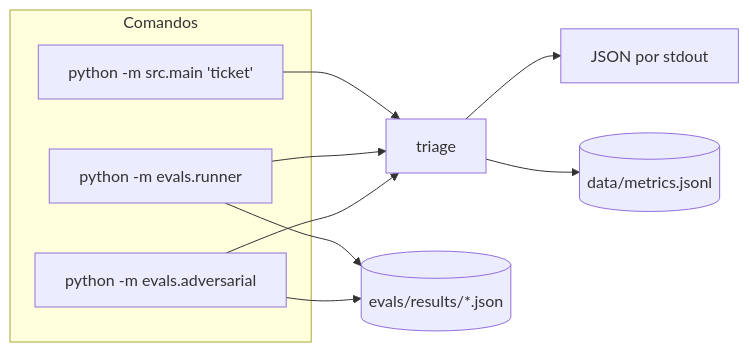
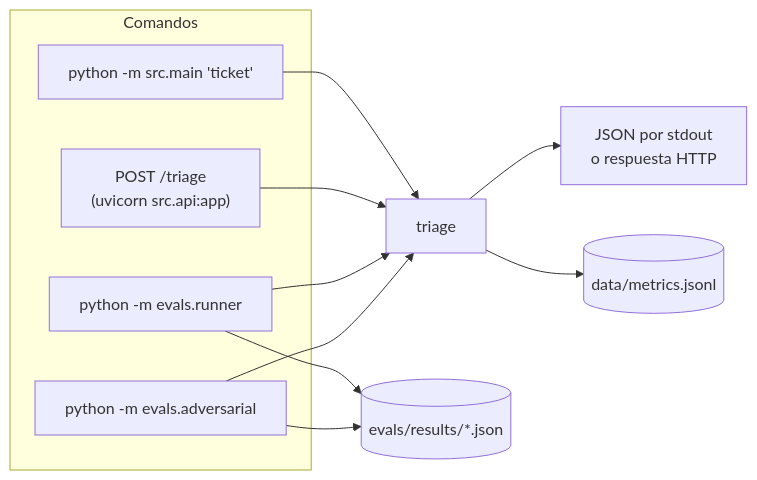
Before and after one commit to bryan-delacruz/nubbix-triage: the second of 2 diagrams in README.md, drawn with Mermaid. The commit also changed other lines of this file and 3 other files, not shown here.

Commit message:
feat: API HTTP con FastAPI (POST /triage)

````diff
--- a/README.md
+++ b/README.md
@@ -61,15 +61,17 @@
 ```mermaid
 flowchart LR
     subgraph Comandos
         CLI["python -m src.main 'ticket'"]
+        API["POST /triage<br/>(uvicorn src.api:app)"]
         EV["python -m evals.runner"]
         ADV["python -m evals.adversarial"]
     end
     CLI --> T[triage]
+    API --> T
     EV --> T
     ADV --> T
-    T --> OUT1[JSON por stdout]
+    T --> OUT1[JSON por stdout<br/>o respuesta HTTP]
     T --> OUT2[(data/metrics.jsonl)]
     EV --> OUT3[(evals/results/*.json)]
     ADV --> OUT3
 ```
````
